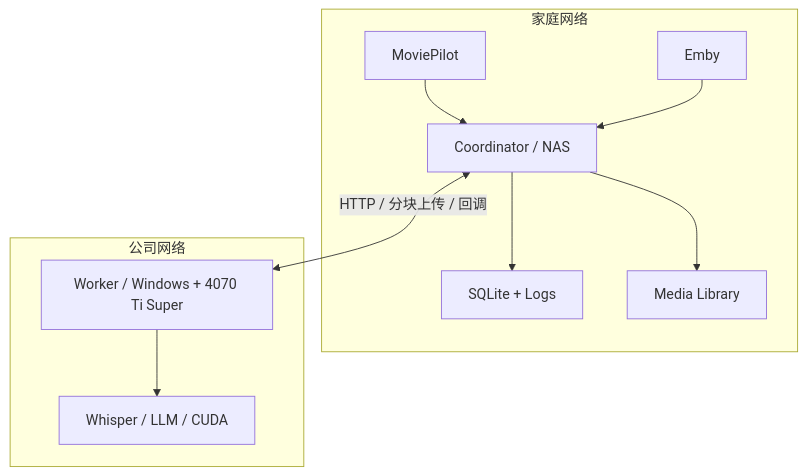
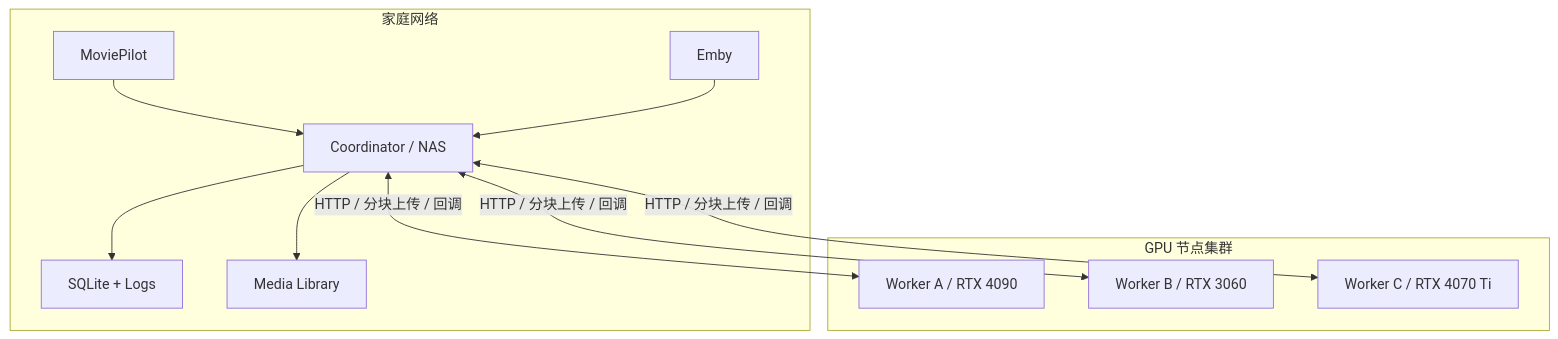
Before and after one commit to Magnoliar/SSUBB: the first of 4 diagrams in docs/architecture.md, drawn with Mermaid. The commit also changed other lines of this file and 29 other files, not shown here.

````diff
--- a/docs/architecture.md
+++ b/docs/architecture.md
@@ -76,22 +74,24 @@
 ```mermaid
 flowchart TD
     subgraph Home["家庭网络"]
         MP["MoviePilot"]
         EMBY["Emby"]
         NAS["Coordinator / NAS"]
         DB["SQLite + Logs"]
         MEDIA["Media Library"]
         MP --> NAS
         EMBY --> NAS
         NAS --> DB
         NAS --> MEDIA
     end
 
-    subgraph Office["公司网络"]
-        GPU["Worker / Windows + 4070 Ti Super"]
-        MODEL["Whisper / LLM / CUDA"]
-        GPU --> MODEL
+    subgraph Workers["GPU 节点集群"]
+        W1["Worker A / RTX 4090"]
+        W2["Worker B / RTX 3060"]
+        W3["Worker C / RTX 4070 Ti"]
     end
 
-    NAS <-->|"HTTP / 分块上传 / 回调"| GPU
+    NAS <-->|"HTTP / 分块上传 / 回调"| W1
+    NAS <-->|"HTTP / 分块上传 / 回调"| W2
+    NAS <-->|"HTTP / 分块上传 / 回调"| W3
 ```
````
